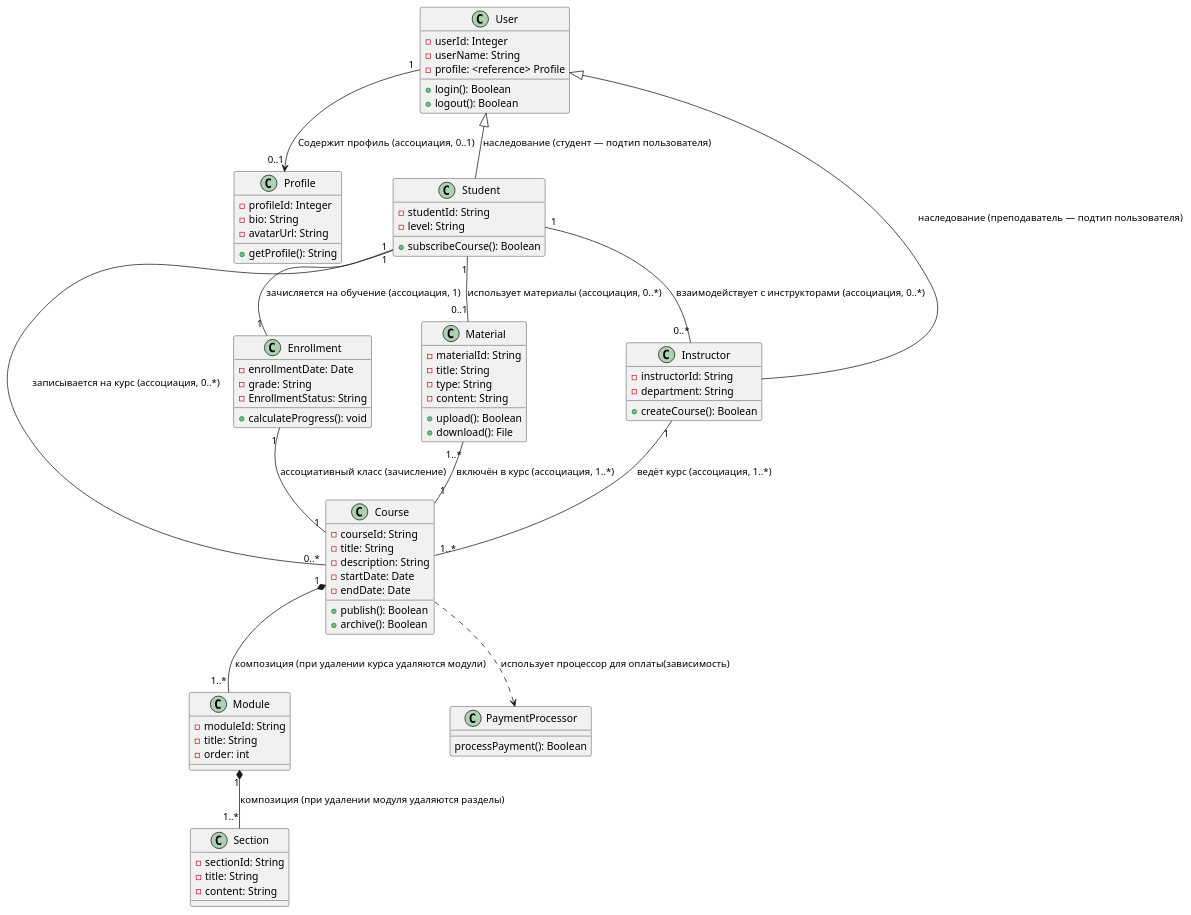
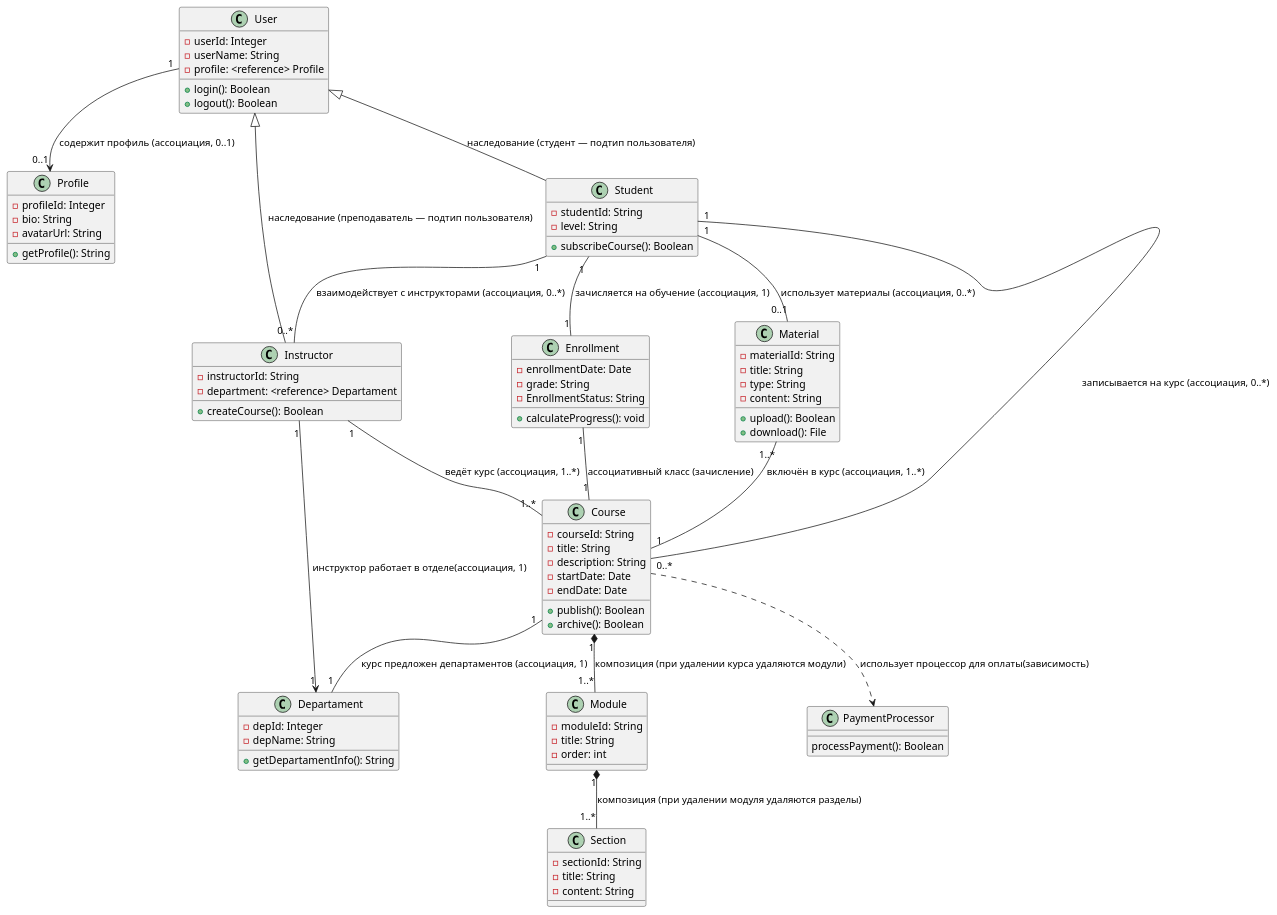
Before and after one commit to spkyle446/UML-diagrams-study: the diagram in diagrams/class/homework_6.plantuml, drawn with PlantUML.

Commit message:
В практику 6 добавлена класс Департамент

```diff
--- a/diagrams/class/homework_6.plantuml
+++ b/diagrams/class/homework_6.plantuml
@@ -1,105 +1,113 @@
 @startuml
 
 ' Пользователь
 class User {
     -userId: Integer
     -userName: String
     -profile: <reference> Profile
     +login(): Boolean
     +logout(): Boolean
 }
 
 ' Профиль
 class Profile {
     -profileId: Integer
     -bio: String
     -avatarUrl: String
     +getProfile(): String
 }
 
 ' Студент
 class Student {
     -studentId: String
     -level: String
     +subscribeCourse(): Boolean
 }
 
 ' Инструктор
 class Instructor {
     -instructorId: String
-    -department: String
+    -department: <reference> Departament
     +createCourse(): Boolean
+}
+
+' Департамент
+class Departament {
+    -depId: Integer
+    -depName: String
+    +getDepartamentInfo(): String
 }
 
 ' Курс
 class Course {
     -courseId: String
     -title: String
     -description: String
     -startDate: Date
     -endDate: Date
     +publish(): Boolean
     +archive(): Boolean
 }
 
 ' Зачисление
 class Enrollment {
     -enrollmentDate: Date
     -grade: String
     -EnrollmentStatus: String
     +calculateProgress(): void
 }
 
 ' Материал
 class Material {
     -materialId: String
     -title: String
     -type: String
     -content: String
     +upload(): Boolean
     +download(): File
 }
 
 ' Модуль
 class Module {
   - moduleId: String
   - title: String
   - order: int
 }
 
 ' Секция
 class Section {
   - sectionId: String
   - title: String
   - content: String
 }
 
 ' Платеж
 class PaymentProcessor {
     processPayment(): Boolean
 }
 
-User "1"--> "0..1" Profile: Содержит профиль (ассоциация, 0..1)
+User "1"--> "0..1" Profile: "cодержит профиль (ассоциация, 0..1)"
+Instructor "1"--> "1" Departament: "инструктор работает в отделе(ассоциация, 1)"
 
 User <|-- Student : "наследование (студент — подтип пользователя)"
 User <|-- Instructor : "наследование (преподаватель — подтип пользователя)"
 
 Student "1" -- "0..*" Course : "записывается на курс (ассоциация, 0..*)"
 Student "1" -- "0..1" Material : "использует материалы (ассоциация, 0..*)"
 Student "1" -- "1" Enrollment: "зачисляется на обучение (ассоциация, 1)"
 Student "1" -- "0..*" Instructor: "взаимодействует с инструкторами (ассоциация, 0..*)"
-
+Course "1" -- "1" Departament: "курс предложен департаментов (ассоциация, 1)"
 Instructor "1" -- "1..*" Course : "ведёт курс (ассоциация, 1..*)"
 
 Enrollment "1" -- "1" Course : "ассоциативный класс (зачисление)"
 Material "1..*" -- "1" Course : "включён в курс (ассоциация, 1..*)"
 Course ..> PaymentProcessor : "использует процессор для оплаты(зависимость)"
 
 Course "1" *-- "1..*" Module : "композиция (при удалении курса удаляются модули)"
 Module "1" *-- "1..*" Section : "композиция (при удалении модуля удаляются разделы)"
 
 
 
 
 
 @enduml
```
